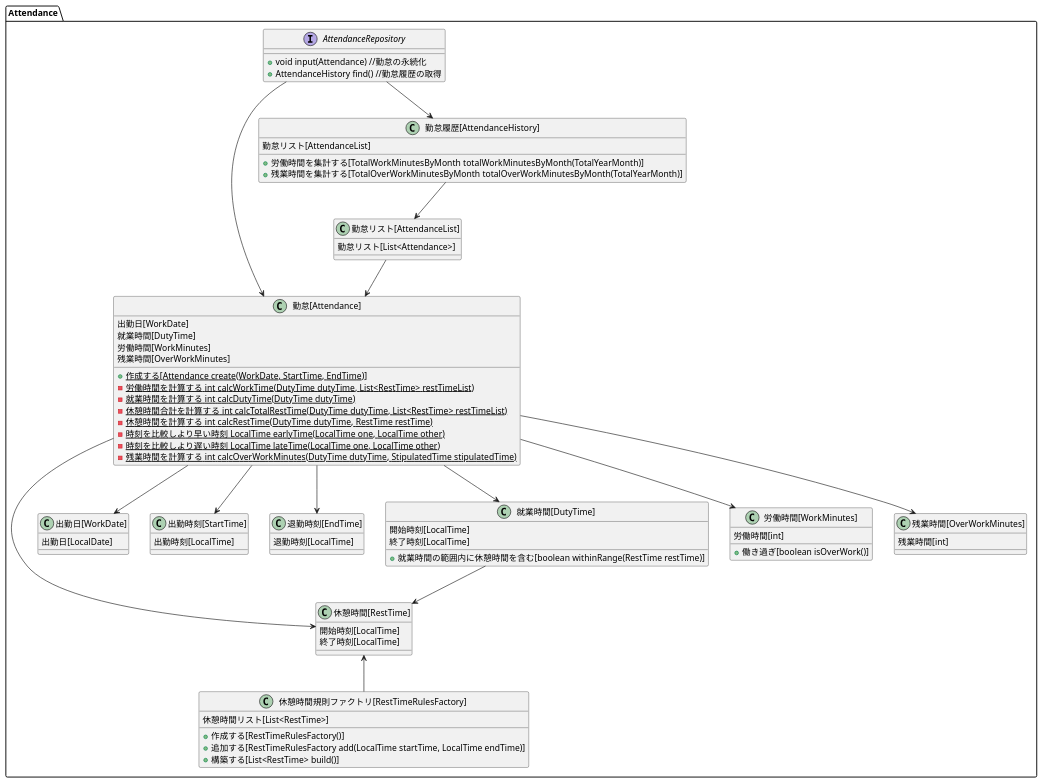
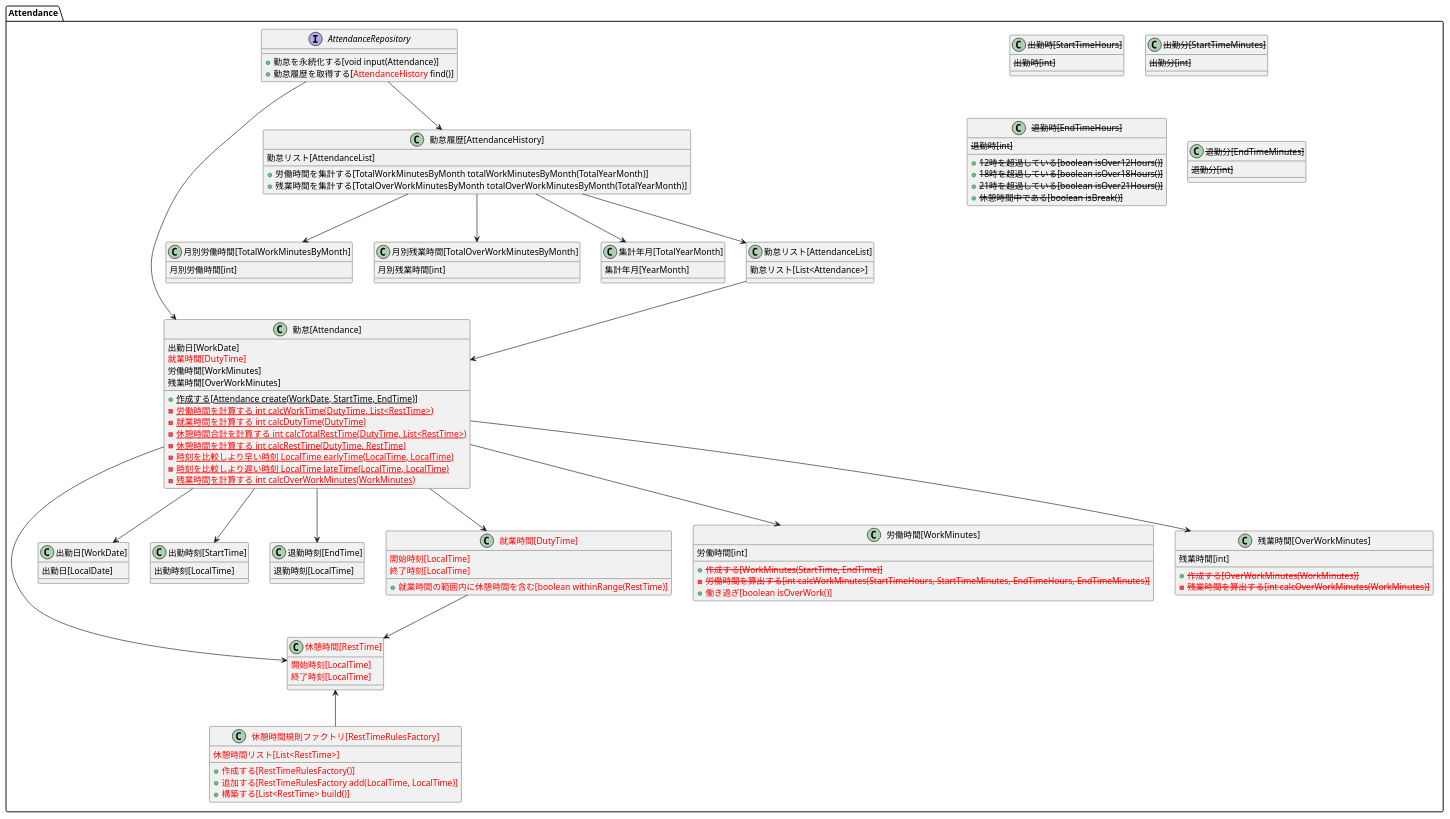
One commit to biglobe-isp/kintai changed the diagram in doument/モデル設計/attendance/Attendance_レビュー後修正.puml. Above: the diagram before and after it, drawn with PlantUML. The commit also changed 18 other files, not shown here.

Commit message:
仕様追加の修正とドメインモデル図の整理、修正

```diff
--- a/doument/モデル設計/attendance/Attendance_レビュー後修正.puml
+++ b/doument/モデル設計/attendance/Attendance_レビュー後修正.puml
@@ -1,156 +1,134 @@
 @startuml
 
 package Attendance {
 
 interface AttendanceRepository {
-    +void input(Attendance) //勤怠の永続化
-    +AttendanceHistory find() //勤怠履歴の取得
+    + 勤怠を永続化する[void input(Attendance)]
+    + 勤怠履歴を取得する[<color:red>AttendanceHistory</color> find()]
 }
 
 class "勤怠[Attendance]" as Attendance {
     出勤日[WorkDate]
-/'----------------------------------------------
-    出勤時刻[StartTime]
-    退勤時刻[EndTime]
-----------------------------------------------'/
-    就業時間[DutyTime]
+    <color:red>就業時間[DutyTime]</color>
     労働時間[WorkMinutes]
     残業時間[OverWorkMinutes]
     + {static} 作成する[Attendance create(WorkDate, StartTime, EndTime)]
-    - {static} 労働時間を計算する int calcWorkTime(DutyTime dutyTime, List<RestTime> restTimeList)
-    - {static} 就業時間を計算する int calcDutyTime(DutyTime dutyTime)
-    - {static} 休憩時間合計を計算する int calcTotalRestTime(DutyTime dutyTime, List<RestTime> restTimeList)
-    - {static} 休憩時間を計算する int calcRestTime(DutyTime dutyTime, RestTime restTime)
-    - {static} 時刻を比較しより早い時刻 LocalTime earlyTime(LocalTime one, LocalTime other)
-    - {static} 時刻を比較しより遅い時刻 LocalTime lateTime(LocalTime one, LocalTime other)
-    - {static} 残業時間を計算する int calcOverWorkMinutes(DutyTime dutyTime, StipulatedTime stipulatedTime)
+    - {static} <color:red>労働時間を計算する int calcWorkTime(DutyTime, List<RestTime>)</color>
+    - {static} <color:red>就業時間を計算する int calcDutyTime(DutyTime)</color>
+    - {static} <color:red>休憩時間合計を計算する int calcTotalRestTime(DutyTime, List<RestTime>)</color>
+    - {static} <color:red>休憩時間を計算する int calcRestTime(DutyTime, RestTime)</color>
+    - {static} <color:red>時刻を比較しより早い時刻 LocalTime earlyTime(LocalTime, LocalTime)</color>
+    - {static} <color:red>時刻を比較しより遅い時刻 LocalTime lateTime(LocalTime, LocalTime)</color>
+    - {static} <color:red>残業時間を計算する int calcOverWorkMinutes(WorkMinutes)</color>
 }
 
 class "勤怠履歴[AttendanceHistory]" as AttendanceHistory {
     勤怠リスト[AttendanceList]
     + 労働時間を集計する[TotalWorkMinutesByMonth totalWorkMinutesByMonth(TotalYearMonth)]
     + 残業時間を集計する[TotalOverWorkMinutesByMonth totalOverWorkMinutesByMonth(TotalYearMonth)]
-/'
-    + 労働時間と残業時間を出力する[void print(TotalWorkMinutesByMonth, TotalOverWorkMinutesByMonth)]
-'/
+}
+
+class "月別労働時間[TotalWorkMinutesByMonth]" as TotalWorkMinutesByMonth {
+    月別労働時間[int]
+}
+
+class "月別残業時間[TotalOverWorkMinutesByMonth]" as TotalOverWorkMinutesByMonth {
+    月別残業時間[int]
+}
+
+class "集計年月[TotalYearMonth]" as TotalYearMonth {
+    集計年月[YearMonth]
 }
 
 class "勤怠リスト[AttendanceList]" as AttendanceList {
     勤怠リスト[List<Attendance>]
 }
 
 class "出勤日[WorkDate]" as WorkDate {
     出勤日[LocalDate]
 }
 
 class "出勤時刻[StartTime]" as StartTime {
     出勤時刻[LocalTime]
 }
 
 class "退勤時刻[EndTime]" as EndTime {
     退勤時刻[LocalTime]
 }
 
-/'----------------------------------------------
-class "出勤時刻[StartTime]" as StartTime {
-    + 出勤時を作成する[StartTimeHours makeStartTimeHours()]
-    + 出勤分を作成する[StartTimeMinutes makeStartTimeMinutes()]
+class "<color:red>就業時間[DutyTime]</color>" as DutyTime {
+    <color:red>開始時刻[LocalTime]</color>
+    <color:red>終了時刻[LocalTime]</color>
+    + <color:red>就業時間の範囲内に休憩時間を含む[boolean withinRange(RestTime)]</color>
 }
 
-class "出勤時[StartTimeHours]" as StartTimeHours {
-}
-
-class "出勤分[StartTimeMinutes]" as StartTimeMinutes {
-}
-
-class "退勤時刻[EndTime]" as EndTime {
-    + 退勤時を作成する[EndTimeHours makeEndTimeHours()]
-    + 退勤分を作成する[EndTimeMinutes makeEndTimeMinutes()]
-}
-
-class "退勤時[EndTimeHours]" as EndTimeHours {
-    + 12時を超過している[boolean isOver12Hours()]
-    + 18時を超過している[boolean isOver18Hours()]
-    + 21時を超過している[boolean isOver21Hours()]
-    + 休憩時間中である[boolean isBreak()]
-}
-
-class "退勤分[EndTimeMinutes]" as EndTimeMinutes {
-}
-----------------------------------------------'/
-
-class "就業時間[DutyTime] " as DutyTime {
-    開始時刻[LocalTime]
-    終了時刻[LocalTime]
-    + 就業時間の範囲内に休憩時間を含む[boolean withinRange(RestTime restTime)]
-}
-
-class "休憩時間[RestTime]" as RestTime {
-    開始時刻[LocalTime]
-    終了時刻[LocalTime]
+class "<color:red>休憩時間[RestTime]</color>" as RestTime {
+    <color:red>開始時刻[LocalTime]</color>
+    <color:red>終了時刻[LocalTime]</color>
 }
 
 class "労働時間[WorkMinutes]" as WorkMinutes {
     労働時間[int]
-    + 働き過ぎ[boolean isOverWork()]
-/'
-    + 作成する[WorkMinutes(StartTime, EndTime)]
-    + 労働時間を算出する[int calcWorkMinutes(StartTimeHours, StartTimeMinutes, EndTimeHours, EndTimeMinutes)]
-'/
+    + <color:red><s>作成する[WorkMinutes(StartTime, EndTime)]</s></color>
+    - <color:red><s>労働時間を算出する[int calcWorkMinutes(StartTimeHours, StartTimeMinutes, EndTimeHours, EndTimeMinutes)]</s></color>
+    + <color:red>働き過ぎ[boolean isOverWork()]</color>
 }
 
 class "残業時間[OverWorkMinutes]" as OverWorkMinutes {
     残業時間[int]
-/'
-    + 作成する[OverWorkMinutes(WorkMinutes)]
-    + 残業時間を算出する[int calcOverWorkMinutes(WorkMinutes)]
-'/
+    + <color:red><s>作成する[OverWorkMinutes(WorkMinutes)]</s></color>
+    - <color:red><s>残業時間を算出する[int calcOverWorkMinutes(WorkMinutes)]</s></color>
 }
 
-class "休憩時間規則ファクトリ[RestTimeRulesFactory] " as RestTimeRulesFactory {
-    休憩時間リスト[List<RestTime>]
-    + 作成する[RestTimeRulesFactory()]
-    + 追加する[RestTimeRulesFactory add(LocalTime startTime, LocalTime endTime)]
-    + 構築する[List<RestTime> build()]
+class "<color:red>休憩時間規則ファクトリ[RestTimeRulesFactory]</color>" as RestTimeRulesFactory {
+    <color:red>休憩時間リスト[List<RestTime>]</color>
+    + <color:red>作成する[RestTimeRulesFactory()]</color>
+    + <color:red>追加する[RestTimeRulesFactory add(LocalTime, LocalTime)]</color>
+    + <color:red>構築する[List<RestTime> build()]</color>
+}
+
+class "<s>出勤時[StartTimeHours]</s>" as StartTimeHours {
+    <s>出勤時[int]</s>
+}
+
+class "<s>出勤分[StartTimeMinutes]</s>" as StartTimeMinutes {
+    <s>出勤分[int]</s>
+}
+
+class "<s>退勤時[EndTimeHours]</s>" as EndTimeHours {
+    <s>退勤時[int]</s>
+    + <s>12時を超過している[boolean isOver12Hours()]</s>
+    + <s>18時を超過している[boolean isOver18Hours()]</s>
+    + <s>21時を超過している[boolean isOver21Hours()]</s>
+    + <s>休憩時間中である[boolean isBreak()]</s>
+}
+
+class "<s>退勤分[EndTimeMinutes]</s>" as EndTimeMinutes {
+    <s>退勤分[int]</s>
 }
 
 AttendanceRepository -down-> Attendance
 AttendanceRepository -down-> AttendanceHistory
 
 AttendanceHistory -down-> AttendanceList
 AttendanceList -down-> Attendance
+
+AttendanceHistory -down-> TotalWorkMinutesByMonth
+AttendanceHistory -down-> TotalOverWorkMinutesByMonth
+AttendanceHistory -down-> TotalYearMonth
 
 Attendance -down-> WorkDate
 Attendance -down-> StartTime
 Attendance -down-> EndTime
 Attendance -down-> DutyTime
 Attendance -down-> RestTime
 Attendance -down-> WorkMinutes
 Attendance -down-> OverWorkMinutes
 
-/'
-OverWorkMinutes -down-> WorkMinutes
-'/
-
 DutyTime -down-> RestTime
 
-/'
-WorkMinutes -down-> StartTime
-WorkMinutes -down-> EndTime
+RestTimeRulesFactory -up-> RestTime
 
-WorkMinutes -down-> StartTimeHours
-WorkMinutes -down-> StartTimeMinutes
-WorkMinutes -down-> EndTimeHours
-WorkMinutes -down-> EndTimeMinutes
-
-StartTime -down-> StartTimeHours
-StartTime -down-> StartTimeMinutes
-
-EndTime -down-> EndTimeHours
-EndTime -down-> EndTimeMinutes
-'/
-
-RestTimeRulesFactory -up-> RestTime
 }
 
 @enduml
```
